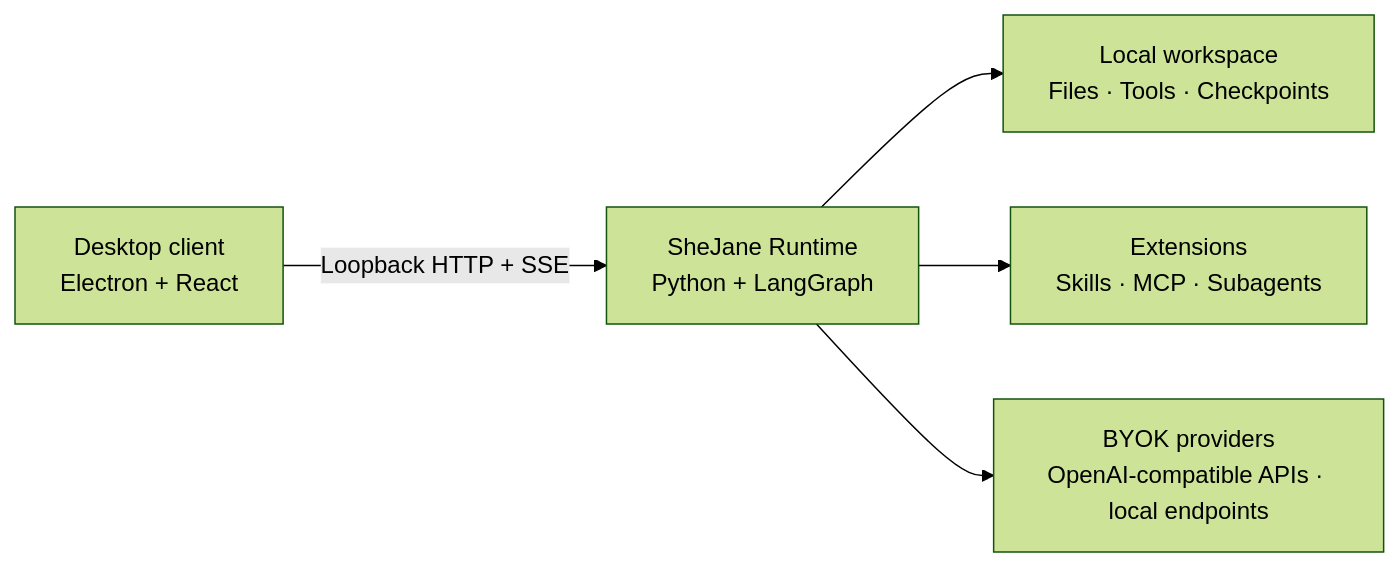
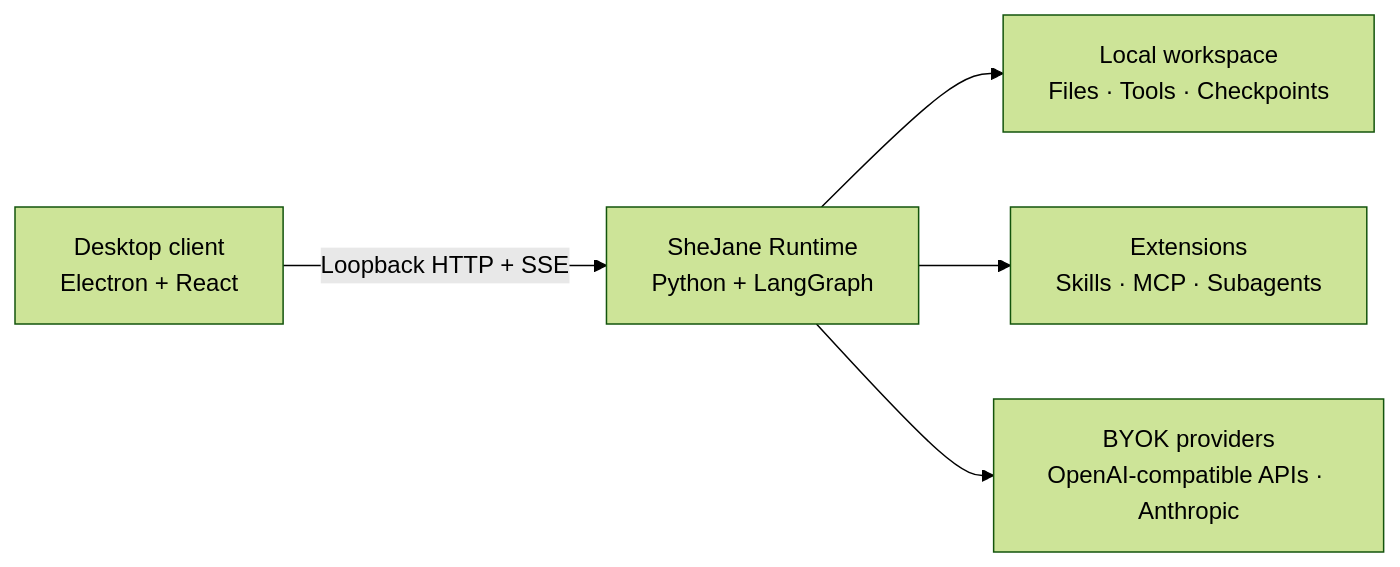
One commit to jimmyrogue/SheJane changed the diagram in README.md. Above: the diagram before and after it, drawn with Mermaid (forest theme). The commit also changed other lines of this file and 3 other files, not shown here.

Commit message:
docs: document providers and local attachments

````diff
--- a/README.md
+++ b/README.md
@@ -26,7 +26,7 @@
 ```mermaid
 flowchart LR
     D["Desktop client<br/>Electron + React"] -->|"Loopback HTTP + SSE"| R["SheJane Runtime<br/>Python + LangGraph"]
     R --> W["Local workspace<br/>Files · Tools · Checkpoints"]
     R --> E["Extensions<br/>Skills · MCP · Subagents"]
-    R --> B["BYOK providers<br/>OpenAI-compatible APIs · local endpoints"]
+    R --> B["BYOK providers<br/>OpenAI-compatible APIs · Anthropic"]
 ```
````
